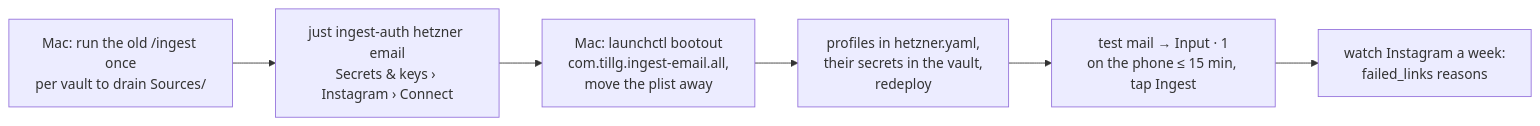
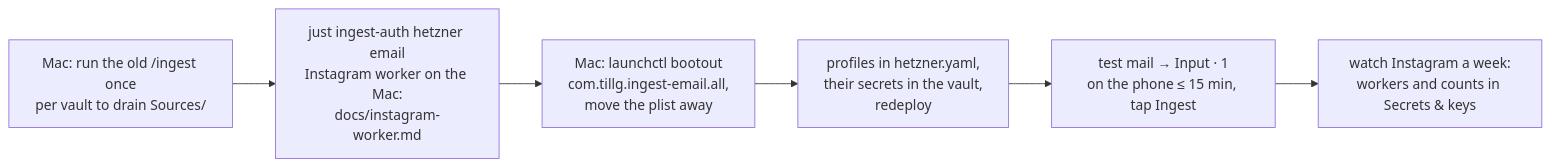
One commit to tillg/karpathy.app changed the fifth of 7 diagrams in specs/system/deployment.md. Above: the diagram before and after it, drawn with Mermaid. The commit also changed other lines of this file and 9 other files, not shown here.

````diff
--- a/specs/system/deployment.md
+++ b/specs/system/deployment.md
@@ -331,8 +341,8 @@
 ```mermaid
 flowchart LR
   Z[Mac: run the old /ingest once<br/>per vault to drain Sources/] --> A
-  A[just ingest-auth hetzner email<br/>Secrets & keys › Instagram › Connect] --> B[Mac: launchctl bootout<br/>com.tillg.ingest-email.all,<br/>move the plist away]
+  A[just ingest-auth hetzner email<br/>Instagram worker on the Mac:<br/>docs/instagram-worker.md] --> B[Mac: launchctl bootout<br/>com.tillg.ingest-email.all,<br/>move the plist away]
   B --> C[profiles in hetzner.yaml,<br/>their secrets in the vault,<br/>redeploy]
   C --> D[test mail → Input · 1<br/>on the phone ≤ 15 min, tap Ingest]
-  D --> E[watch Instagram a week:<br/>failed_links reasons]
+  D --> E[watch Instagram a week:<br/>workers and counts in Secrets & keys]
 ```
````
